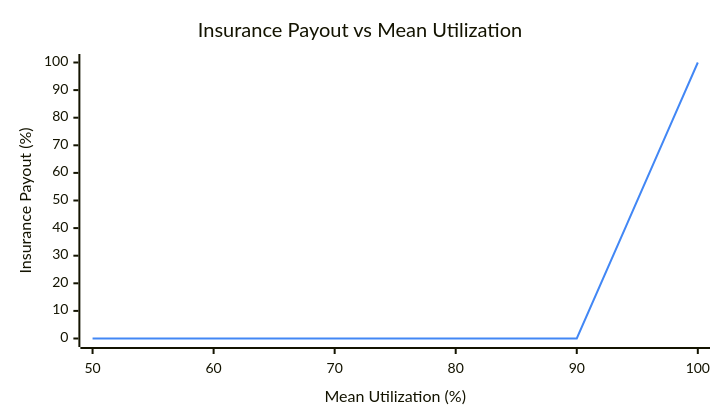
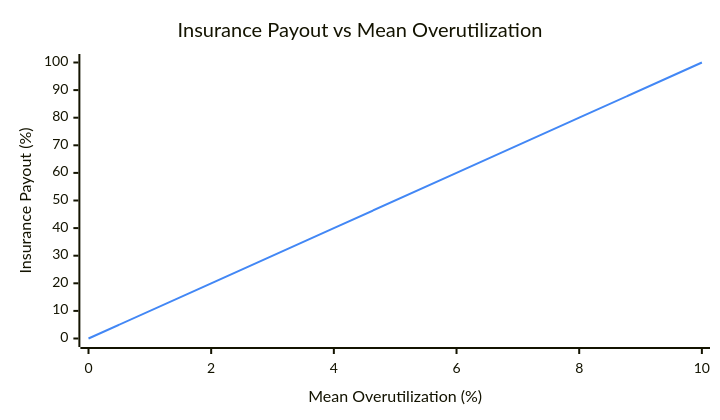
One commit to FrancescoMangia/cassa-docs changed the first of 3 diagrams in mdbook-src/src/policies/examples/over-utilization.md. Above: the diagram before and after it, drawn with Mermaid.

Commit message:
fix: overutilization payout chart title

````diff
--- a/mdbook-src/src/policies/examples/over-utilization.md
+++ b/mdbook-src/src/policies/examples/over-utilization.md
@@ -10,16 +10,16 @@
 ```mermaid
 ---
 config:
   xyChart:
     width: 700
     height: 400
   themeVariables:
     xyChart:
       plotColorPalette: "#4287f5"
 ---
 xychart-beta
-    title "Insurance Payout vs Mean Utilization"
-    x-axis "Mean Utilization (%)" [50, 60, 70, 80, 90, 100]
+    title "Insurance Payout vs Mean Overutilization"
+    x-axis "Mean Overutilization (%)" [0, 2, 4, 6, 8, 10]
     y-axis "Insurance Payout (%)" 0 --> 100
-    line [0, 0, 0, 0, 0, 100]
+    line [0, 20, 40, 60, 80, 100]
 ```
````
